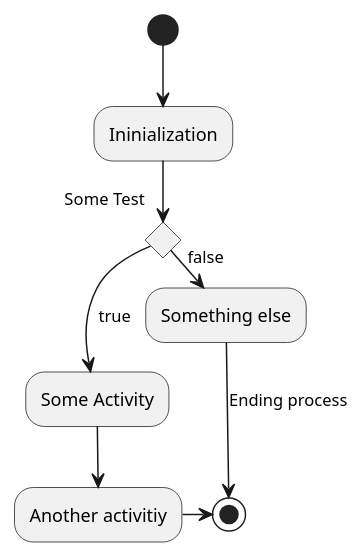
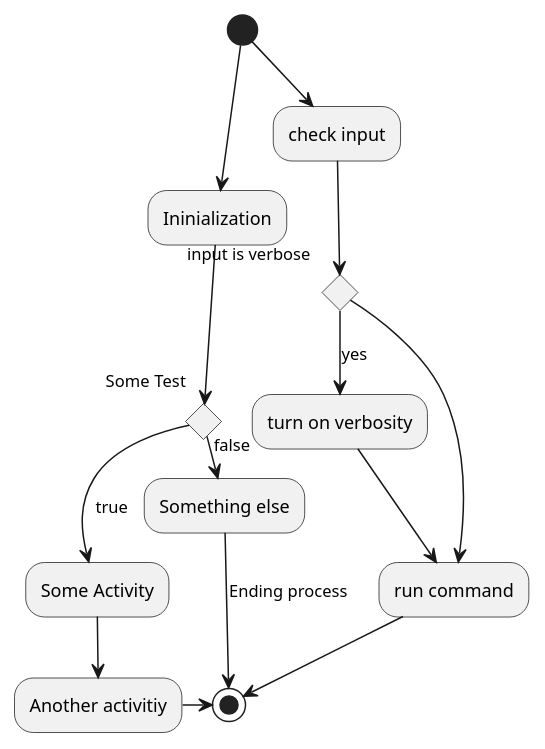
Before and after one commit to keinen-lab/plantUML: the diagram in activity diagram/4. branches.wsd, drawn with PlantUML. The commit also changed 4 other files, not shown here.

```diff
--- a/activity diagram/4. branches.wsd
+++ b/activity diagram/4. branches.wsd
@@ -1,13 +1,21 @@
 @startuml
 (*) --> "Ininialization"
 
 if "Some Test" then
 --> [true] "Some Activity"
 --> "Another activitiy"
 -right-> (*)
 else
 ->[false] "Something else"
 --> [Ending process] (*)
 end if
 
+(*) --> "check input"
+if "input is verbose" then
+--> [yes] "turn on verbosity"
+--> "run command"
+else
+--> "run command"
+endif
+--> (*)
 @enduml
```
